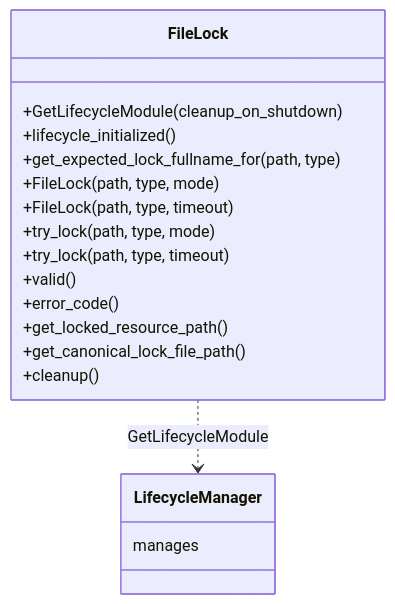
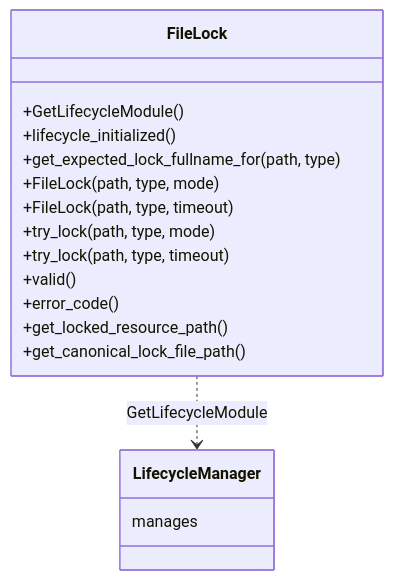
The second of 4 diagrams in cpp/docs/hep/hep-core-0003-cross-platform-filelock.md (Qing-LAB/pylabhub), drawn with Mermaid before and after one commit. The commit also changed other lines of this file and 11 other files, not shown here.

````diff
--- a/cpp/docs/hep/hep-core-0003-cross-platform-filelock.md
+++ b/cpp/docs/hep/hep-core-0003-cross-platform-filelock.md
@@ -96,22 +97,21 @@
 ```mermaid
 classDiagram
     class FileLock {
-        +GetLifecycleModule(cleanup_on_shutdown)
+        +GetLifecycleModule()
         +lifecycle_initialized()
         +get_expected_lock_fullname_for(path, type)
         +FileLock(path, type, mode)
         +FileLock(path, type, timeout)
         +try_lock(path, type, mode)
         +try_lock(path, type, timeout)
         +valid()
         +error_code()
         +get_locked_resource_path()
         +get_canonical_lock_file_path()
-        +cleanup()
     }
     class LifecycleManager {
         manages
     }
 
     FileLock ..> LifecycleManager : GetLifecycleModule
 ```
````
